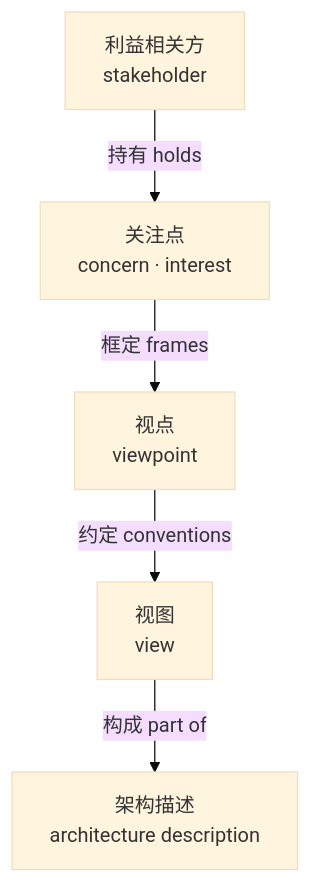
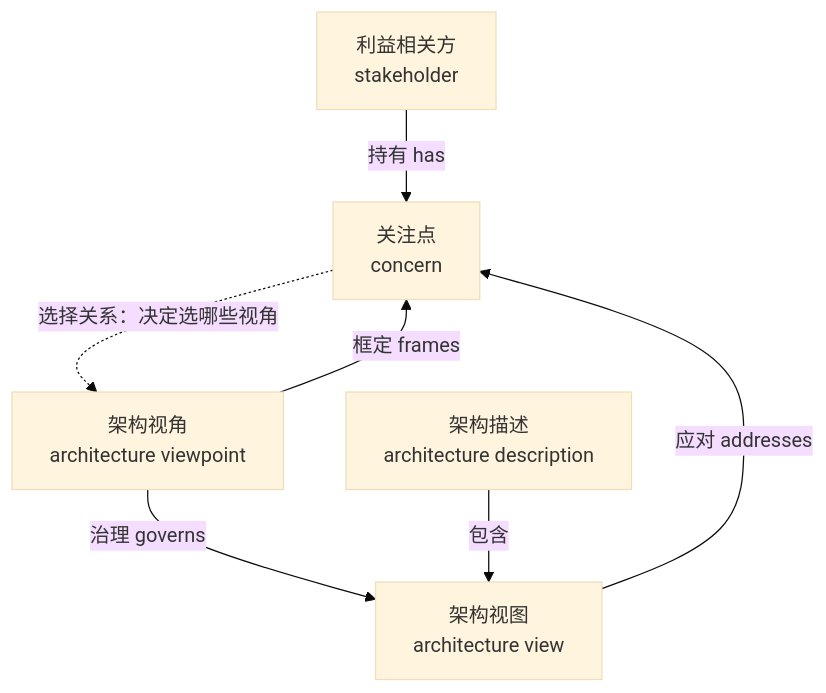
The fourth of 11 diagrams in 100-subprojects/01-系统工程研究/00-系统工程相关研究报告/10-架构设计方法论全景研究报告.md (Yongjunzhou/AOS-system-design), drawn with Mermaid (base theme) before and after one commit. The commit also changed other lines of this file and 38 other files, not shown here.

````diff
--- a/100-subprojects/01-系统工程研究/00-系统工程相关研究报告/10-架构设计方法论全景研究报告.md
+++ b/100-subprojects/01-系统工程研究/00-系统工程相关研究报告/10-架构设计方法论全景研究报告.md
@@ -285,7 +311,9 @@
 ```mermaid
 flowchart TB
-    S[利益相关方<br/>stakeholder] -- "持有 holds" --> C[关注点<br/>concern · interest]
-    C -- "框定 frames" --> V[视点<br/>viewpoint]
-    V -- "约定 conventions" --> W[视图<br/>view]
-    W -- "构成 part of" --> AD[架构描述<br/>architecture description]
+    S[利益相关方<br/>stakeholder] -- "持有 has" --> C[关注点<br/>concern]
+    VP[架构视角<br/>architecture viewpoint] -- "框定 frames" --> C
+    C -.->|"选择关系：决定选哪些视角"| VP
+    VP -- "治理 governs" --> W[架构视图<br/>architecture view]
+    W -- "应对 addresses" --> C
+    AD[架构描述<br/>architecture description] -- "包含" --> W
 ```
````
